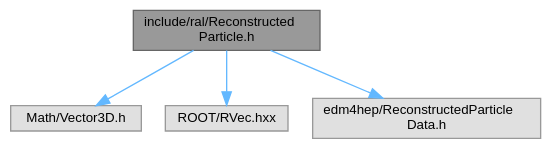
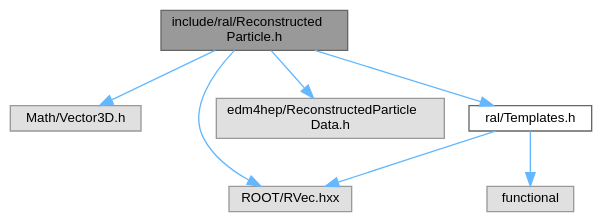
The diagram in docs/ReconstructedParticle_8h__incl.dot (Juanki0396/ral), drawn with Graphviz before and after one commit. The commit also changed 37 other files, not shown here.

```diff
--- a/docs/ReconstructedParticle_8h__incl.dot
+++ b/docs/ReconstructedParticle_8h__incl.dot
@@ -1,14 +1,19 @@
 digraph "include/ral/ReconstructedParticle.h"
 {
  // LATEX_PDF_SIZE
   bgcolor="transparent";
   edge [fontname=Helvetica,fontsize=10,labelfontname=Helvetica,labelfontsize=10];
   node [fontname=Helvetica,fontsize=10,shape=box,height=0.2,width=0.4];
   Node1 [id="Node000001",label="include/ral/Reconstructed\lParticle.h",height=0.2,width=0.4,color="gray40", fillcolor="grey60", style="filled", fontcolor="black",tooltip=" "];
   Node1 -> Node2 [id="edge1_Node000001_Node000002",color="steelblue1",style="solid",tooltip=" "];
   Node2 [id="Node000002",label="Math/Vector3D.h",height=0.2,width=0.4,color="grey60", fillcolor="#E0E0E0", style="filled",tooltip=" "];
   Node1 -> Node3 [id="edge2_Node000001_Node000003",color="steelblue1",style="solid",tooltip=" "];
   Node3 [id="Node000003",label="ROOT/RVec.hxx",height=0.2,width=0.4,color="grey60", fillcolor="#E0E0E0", style="filled",tooltip=" "];
   Node1 -> Node4 [id="edge3_Node000001_Node000004",color="steelblue1",style="solid",tooltip=" "];
   Node4 [id="Node000004",label="edm4hep/ReconstructedParticle\lData.h",height=0.2,width=0.4,color="grey60", fillcolor="#E0E0E0", style="filled",tooltip=" "];
+  Node1 -> Node5 [id="edge4_Node000001_Node000005",color="steelblue1",style="solid",tooltip=" "];
+  Node5 [id="Node000005",label="ral/Templates.h",height=0.2,width=0.4,color="grey40", fillcolor="white", style="filled",URL="$Templates_8h.html",tooltip=" "];
+  Node5 -> Node6 [id="edge5_Node000005_Node000006",color="steelblue1",style="solid",tooltip=" "];
+  Node6 [id="Node000006",label="functional",height=0.2,width=0.4,color="grey60", fillcolor="#E0E0E0", style="filled",tooltip=" "];
+  Node5 -> Node3 [id="edge6_Node000005_Node000003",color="steelblue1",style="solid",tooltip=" "];
 }
```
